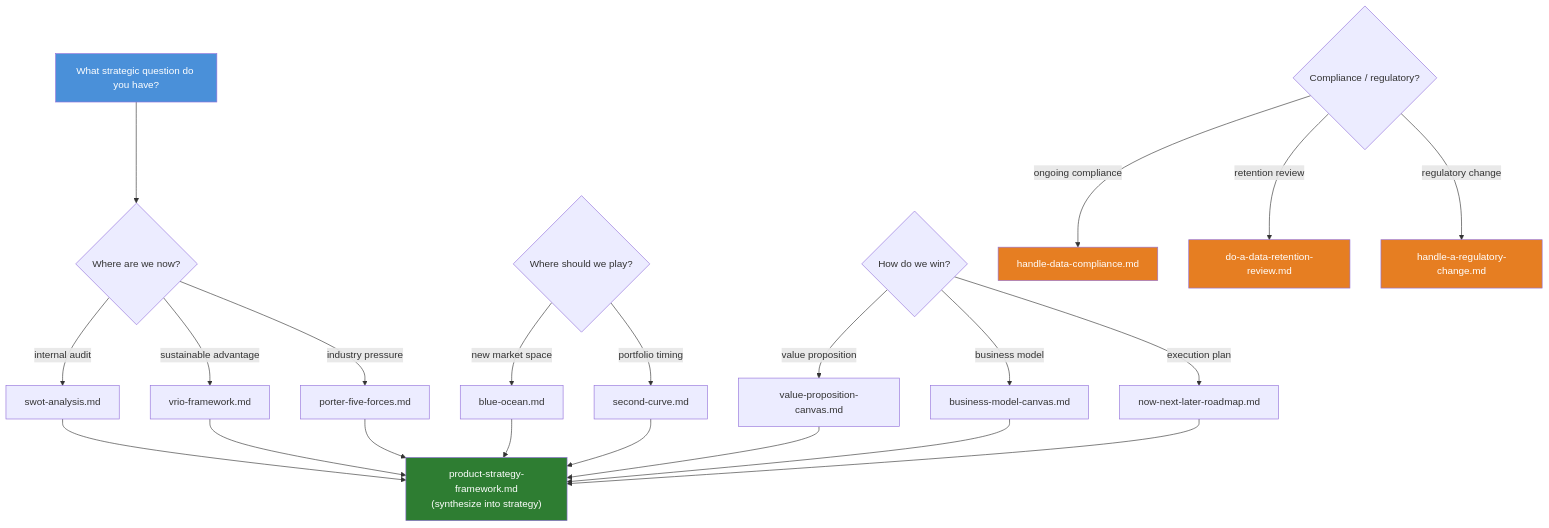
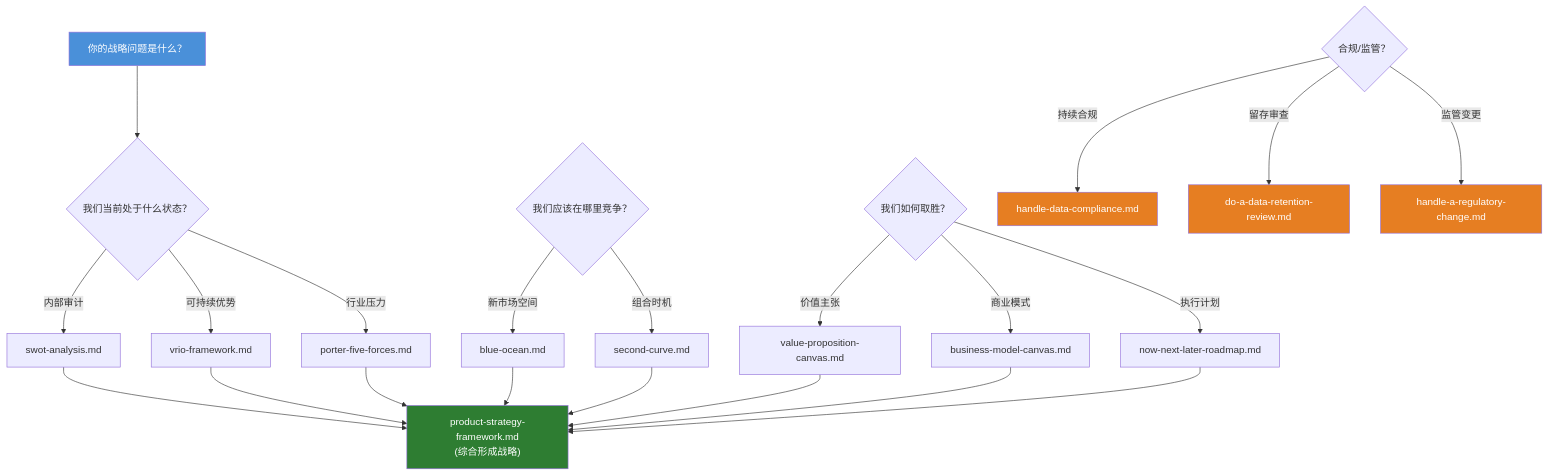
The first of 2 diagrams in YiKnowledge/executiver/strategy/README.md (effiy/YrY), drawn with Mermaid before and after one commit. The commit also changed other lines of this file and 7735 other files, not shown here.

````diff
--- a/YiKnowledge/executiver/strategy/README.md
+++ b/YiKnowledge/executiver/strategy/README.md
@@ -163,34 +163,34 @@
 ```mermaid
 graph TD
-    START["What strategic question do you have?"] --> Q1
+    START["你的战略问题是什么？"] --> Q1
 
-    Q1{"Where are we now?"} -->|internal audit| SWOT["swot-analysis.md"]
-    Q1 -->|sustainable advantage| VRIO["vrio-framework.md"]
-    Q1 -->|industry pressure| P5F["porter-five-forces.md"]
+    Q1{"我们当前处于什么状态？"} -->|内部审计| SWOT["swot-analysis.md"]
+    Q1 -->|可持续优势| VRIO["vrio-framework.md"]
+    Q1 -->|行业压力| P5F["porter-five-forces.md"]
 
-    Q2{"Where should we play?"} -->|new market space| BO["blue-ocean.md"]
-    Q2 -->|portfolio timing| SC["second-curve.md"]
+    Q2{"我们应该在哪里竞争？"} -->|新市场空间| BO["blue-ocean.md"]
+    Q2 -->|组合时机| SC["second-curve.md"]
 
-    Q3{"How do we win?"} -->|value proposition| VPC["value-proposition-canvas.md"]
-    Q3 -->|business model| BMC["business-model-canvas.md"]
-    Q3 -->|execution plan| NNL["now-next-later-roadmap.md"]
+    Q3{"我们如何取胜？"} -->|价值主张| VPC["value-proposition-canvas.md"]
+    Q3 -->|商业模式| BMC["business-model-canvas.md"]
+    Q3 -->|执行计划| NNL["now-next-later-roadmap.md"]
 
-    Q4{"Compliance / regulatory?"} -->|ongoing compliance| HDC["handle-data-compliance.md"]
-    Q4 -->|retention review| DARR["do-a-data-retention-review.md"]
-    Q4 -->|regulatory change| HARC["handle-a-regulatory-change.md"]
+    Q4{"合规/监管？"} -->|持续合规| HDC["handle-data-compliance.md"]
+    Q4 -->|留存审查| DARR["do-a-data-retention-review.md"]
+    Q4 -->|监管变更| HARC["handle-a-regulatory-change.md"]
 
-    SWOT --> PSF["product-strategy-framework.md\n(synthesize into strategy)"]
+    SWOT --> PSF["product-strategy-framework.md\n(综合形成战略)"]
     VRIO --> PSF
     P5F --> PSF
     BO --> PSF
     SC --> PSF
     VPC --> PSF
     BMC --> PSF
     NNL --> PSF
 
     style START fill:#4a90d9,color:#fff
     style PSF fill:#2e7d32,color:#fff
     style HDC fill:#e67e22,color:#fff
     style DARR fill:#e67e22,color:#fff
     style HARC fill:#e67e22,color:#fff
 ```
````
